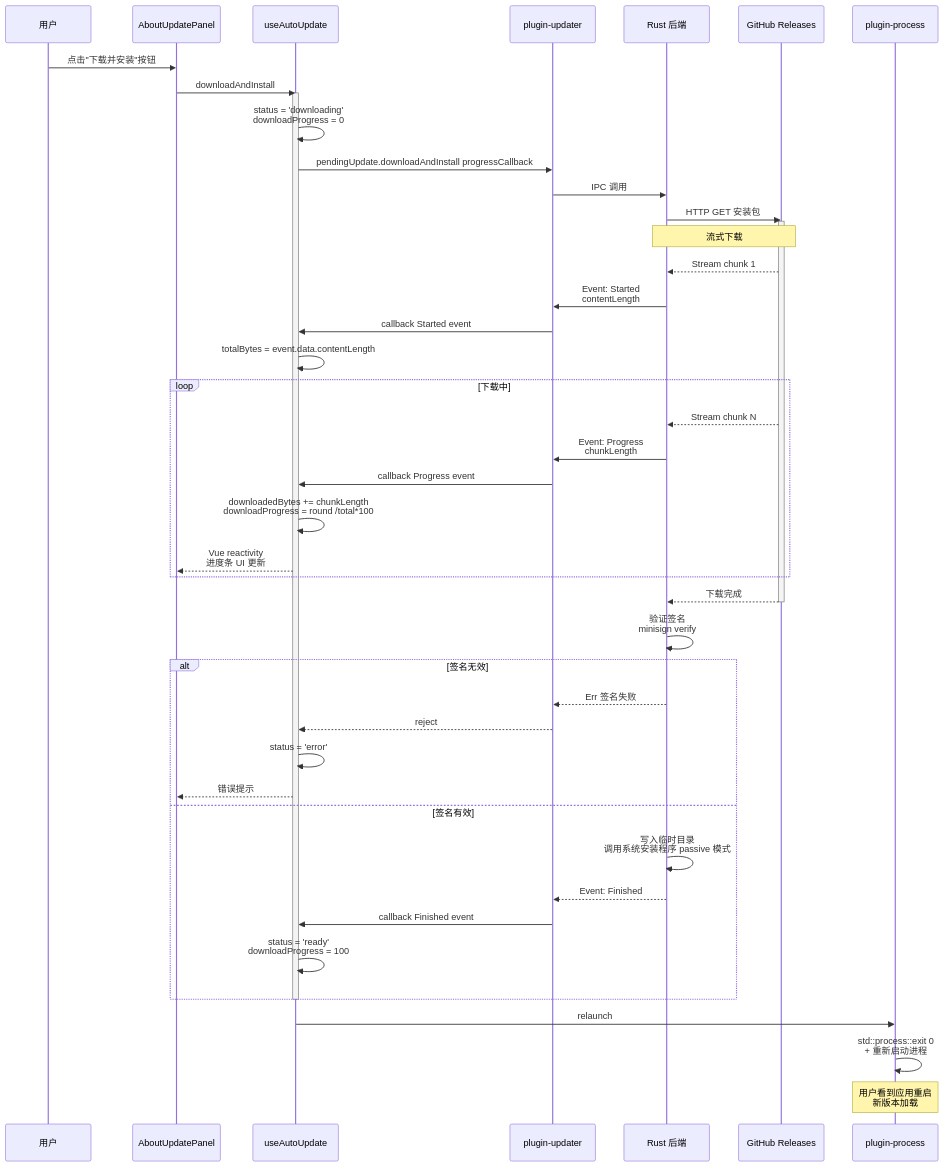
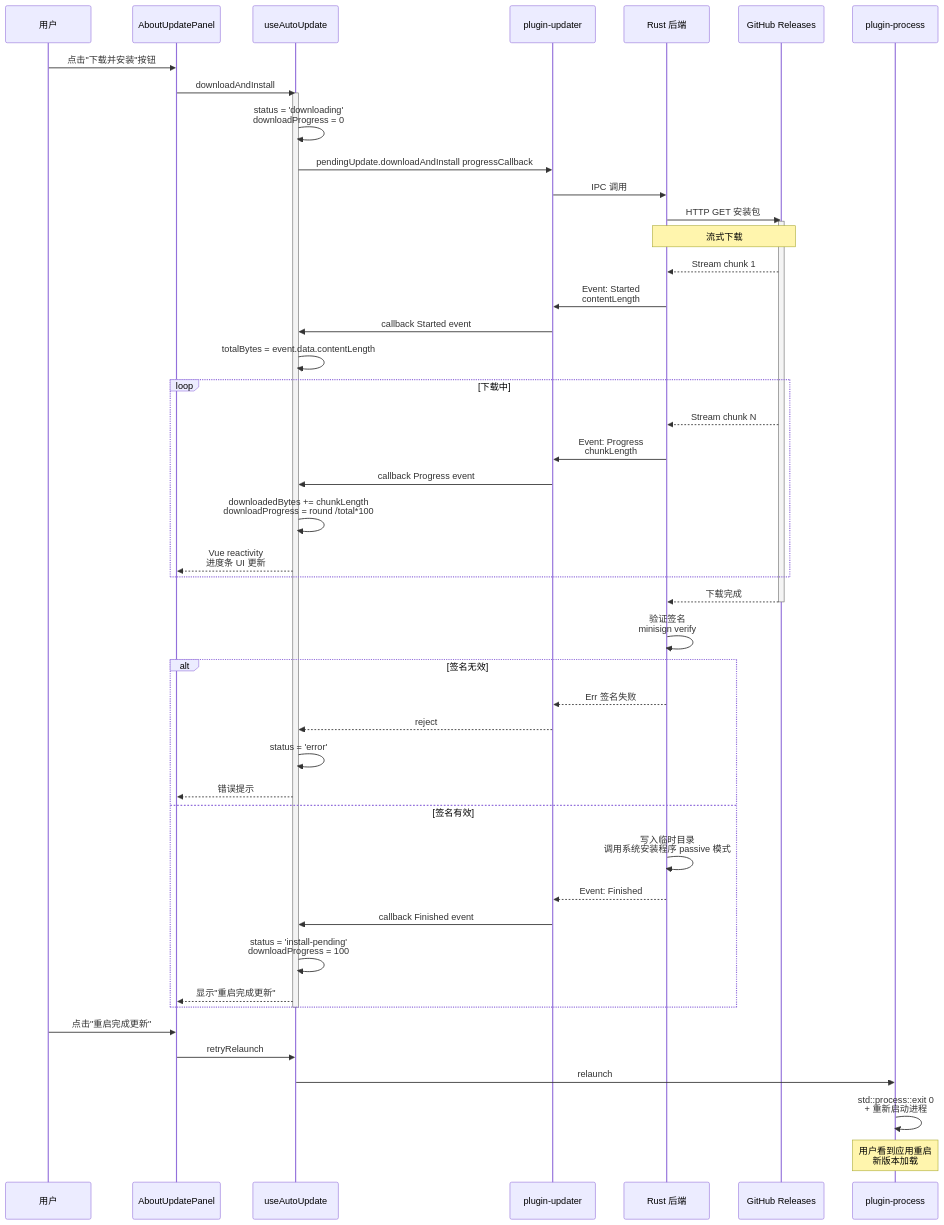
One commit to joeyliu6/PicNexus changed the second of 4 diagrams in docs/flows/auto-update-flow.md. Above: the diagram before and after it, drawn with Mermaid. The commit also changed other lines of this file and 7 other files, not shown here.

````diff
--- a/docs/flows/auto-update-flow.md
+++ b/docs/flows/auto-update-flow.md
@@ -70,58 +70,61 @@
 ```mermaid
 sequenceDiagram
     participant U as 用户
     participant V as AboutUpdatePanel
     participant H as useAutoUpdate
     participant P as plugin-updater
     participant R as Rust 后端
     participant GH as GitHub Releases
     participant PR as plugin-process
 
     U->>V: 点击"下载并安装"按钮
     V->>H: downloadAndInstall
     activate H
 
     H->>H: status = 'downloading'<br/>downloadProgress = 0
 
     H->>P: pendingUpdate.downloadAndInstall progressCallback
     P->>R: IPC 调用
     R->>GH: HTTP GET 安装包
     activate GH
 
     Note over R,GH: 流式下载
 
     GH-->>R: Stream chunk 1
     R->>P: Event: Started<br/>contentLength
     P->>H: callback Started event
     H->>H: totalBytes = event.data.contentLength
 
     loop 下载中
         GH-->>R: Stream chunk N
         R->>P: Event: Progress<br/>chunkLength
         P->>H: callback Progress event
         H->>H: downloadedBytes += chunkLength<br/>downloadProgress = round /total*100
         H-->>V: Vue reactivity<br/>进度条 UI 更新
     end
 
     GH-->>R: 下载完成
     deactivate GH
     R->>R: 验证签名<br/>minisign verify
 
     alt 签名无效
         R-->>P: Err 签名失败
         P-->>H: reject
         H->>H: status = 'error'
         H-->>V: 错误提示
     else 签名有效
         R->>R: 写入临时目录<br/>调用系统安装程序 passive 模式
         R-->>P: Event: Finished
         P->>H: callback Finished event
-        H->>H: status = 'ready'<br/>downloadProgress = 100
+        H->>H: status = 'install-pending'<br/>downloadProgress = 100
+        H-->>V: 显示"重启完成更新"
     end
 
     deactivate H
 
+    U->>V: 点击"重启完成更新"
+    V->>H: retryRelaunch
     H->>PR: relaunch
     PR->>PR: std::process::exit 0<br/>+ 重新启动进程
     Note over PR: 用户看到应用重启<br/>新版本加载
 ```
````
